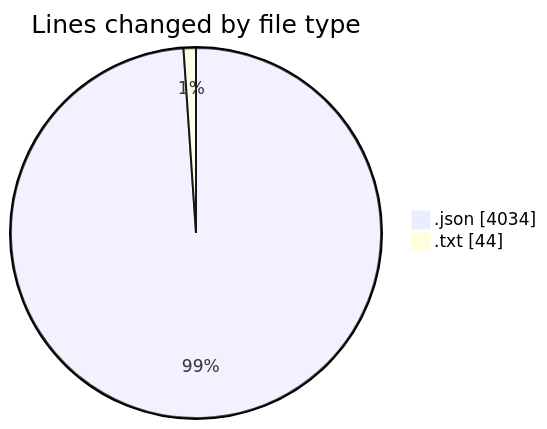
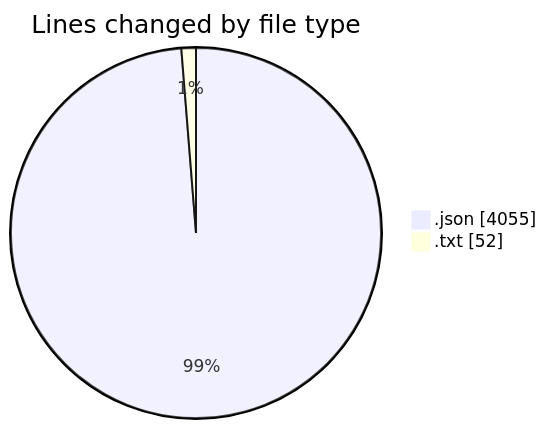
The first of 2 diagrams in 2025-08-15/_claude/README.md (EIIisD/code-tracking), drawn with Mermaid before and after one commit. The commit also changed other lines of this file and 1 other file, not shown here.

````diff
--- a/2025-08-15/_claude/README.md
+++ b/2025-08-15/_claude/README.md
@@ -21,6 +22,6 @@
 ```mermaid
 pie showData
 title Lines changed by file type
-".json" : 4034
-".txt" : 44
+".json" : 4055
+".txt" : 52
 ```
````
